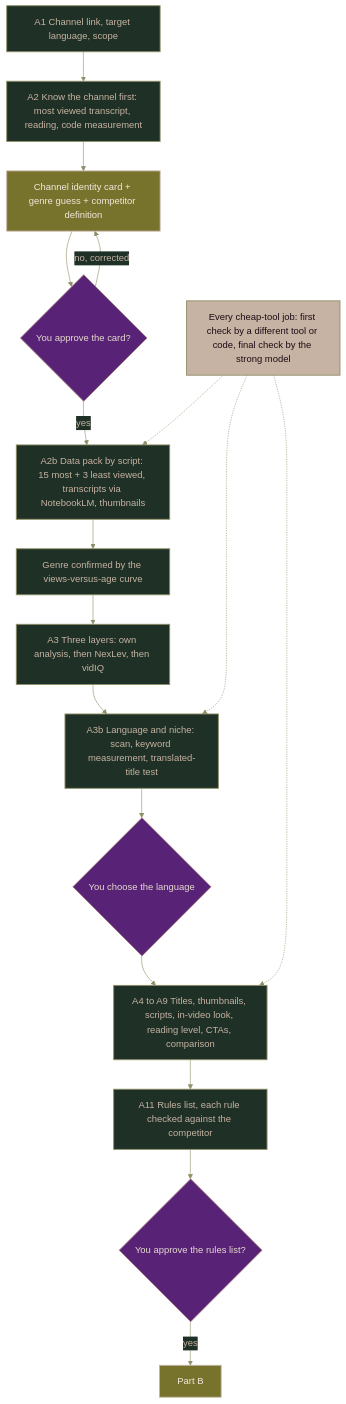
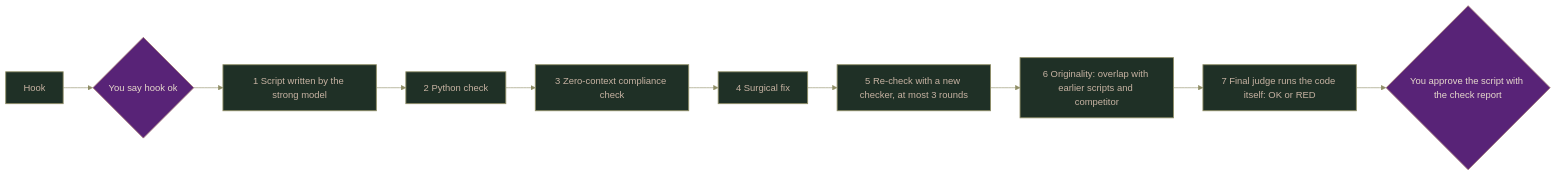
One commit to jenny-gecglr/youtube-automation-competitor-analysis changed the third of 3 diagrams in _mermaid_test.md. Above: the diagram before and after it, drawn with Mermaid. The commit also changed other lines of this file, not shown here.

Commit message:
tmp mermaid test 2

````diff
--- a/_mermaid_test.md
+++ b/_mermaid_test.md
@@ -85,28 +62,17 @@
 ```mermaid
 %%{init: {"theme":"base","themeVariables":{"fontFamily":"Georgia, serif","primaryColor":"#1F3026","primaryTextColor":"#C7B3A3","primaryBorderColor":"#8F8E66","lineColor":"#8F8E66","tertiaryTextColor":"#C7B3A3","edgeLabelBackground":"#1F3026"}}}%%
-flowchart TD
-    A1["A1 Channel link, target language, scope"] --> A2["A2 Know the channel first: most viewed transcript, reading, code measurement"]
-    A2 --> CARD["Channel identity card + genre guess + competitor definition"]
-    CARD --> G1{"You approve the card?"}
-    G1 -- "no, corrected" --> CARD
-    G1 -- "yes" --> A2B["A2b Data pack by script: 15 most + 3 least viewed, transcripts via NotebookLM, thumbnails"]
-    A2B --> CURVE["Genre confirmed by the views-versus-age curve"]
-    CURVE --> A3["A3 Three layers: own analysis, then NexLev, then vidIQ"]
-    A3 --> LANG["A3b Language and niche: scan, keyword measurement, translated-title test"]
-    LANG --> G2{"You choose the language"}
-    G2 --> DEEP["A4 to A9 Titles, thumbnails, scripts, in-video look, reading level, CTAs, comparison"]
-    DEEP --> RULES["A11 Rules list, each rule checked against the competitor"]
-    RULES --> G3{"You approve the rules list?"}
-    G3 -- "yes" --> PART_B["Part B"]
-    CHK["Every cheap-tool job: first check by a different tool or code, final check by the strong model"] -.-> A2B
-    CHK -.-> LANG
-    CHK -.-> DEEP
-    classDef base fill:#1F3026,stroke:#8F8E66,color:#C7B3A3,stroke-width:1.5px
-    classDef gate fill:#582377,stroke:#A3787B,color:#E6D9CC,stroke-width:1.5px
-    classDef tool fill:#C7B3A3,stroke:#8F8E66,color:#1D0C15,stroke-width:1.5px
-    classDef out fill:#77732C,stroke:#C7B3A3,color:#F2E8DD,stroke-width:1.5px
-    class A1,A2,A2B,CURVE,A3,LANG,DEEP,RULES base
-    class G1,G2,G3 gate
-    class CARD,PART_B out
-    class CHK tool
+flowchart LR
+    H["Hook"] --> HK{"You say hook ok"}
+    HK --> W["1 Script written by the strong model"]
+    W --> C1["2 Python check"]
+    C1 --> C2["3 Zero-context compliance check"]
+    C2 --> F["4 Surgical fix"]
+    F --> C3["5 Re-check with a new checker, at most 3 rounds"]
+    C3 --> O["6 Originality: overlap with earlier scripts and competitor"]
+    O --> J["7 Final judge runs the code itself: OK or RED"]
+    J --> U{"You approve the script with the check report"}
+    classDef cBase fill:#1F3026,stroke:#8F8E66,color:#C7B3A3,stroke-width:1.5px
+    classDef cGate fill:#582377,stroke:#A3787B,color:#E6D9CC,stroke-width:1.5px
+    class H,W,C1,C2,F,C3,O,J cBase
+    class HK,U cGate
 ```
````
